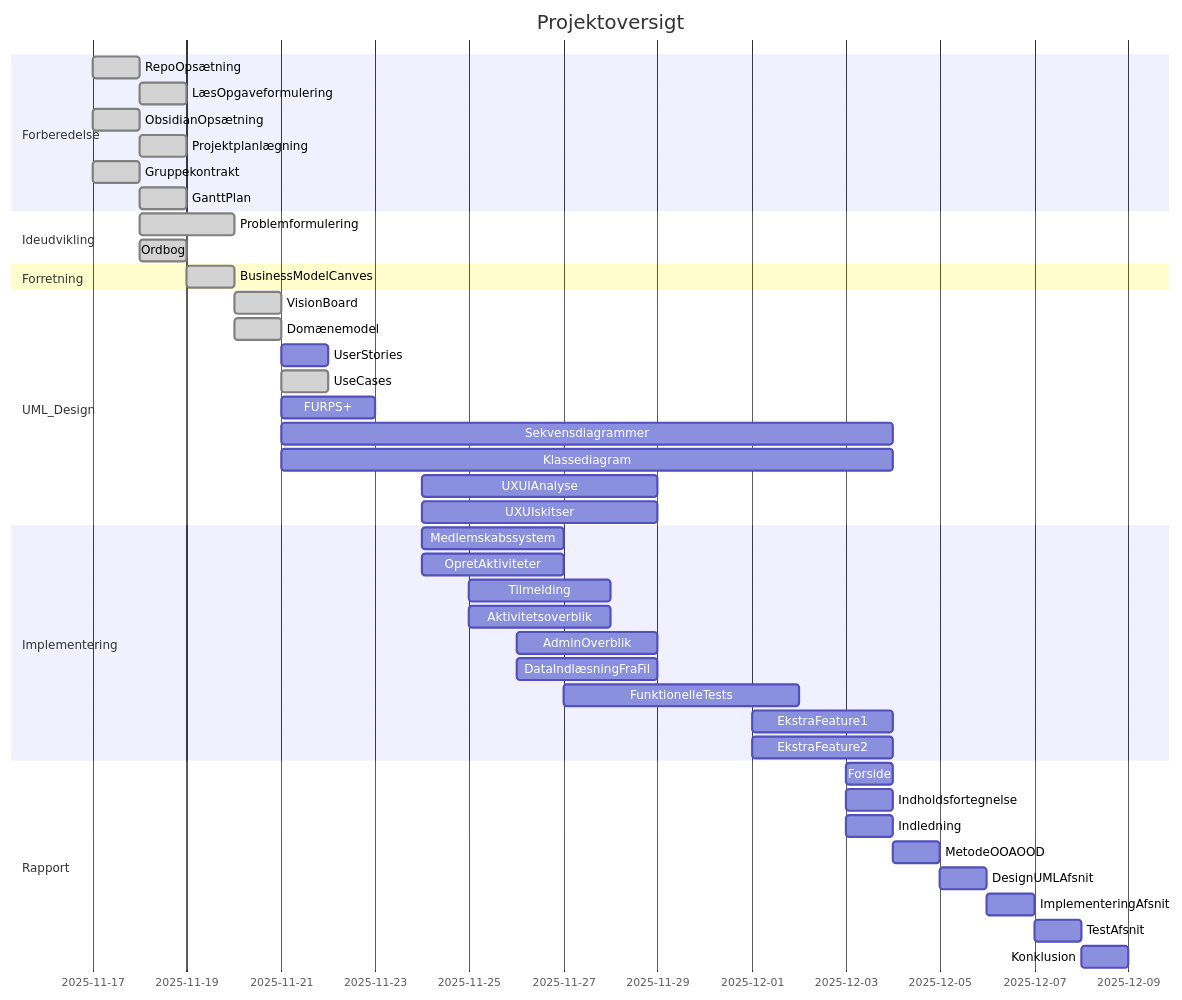
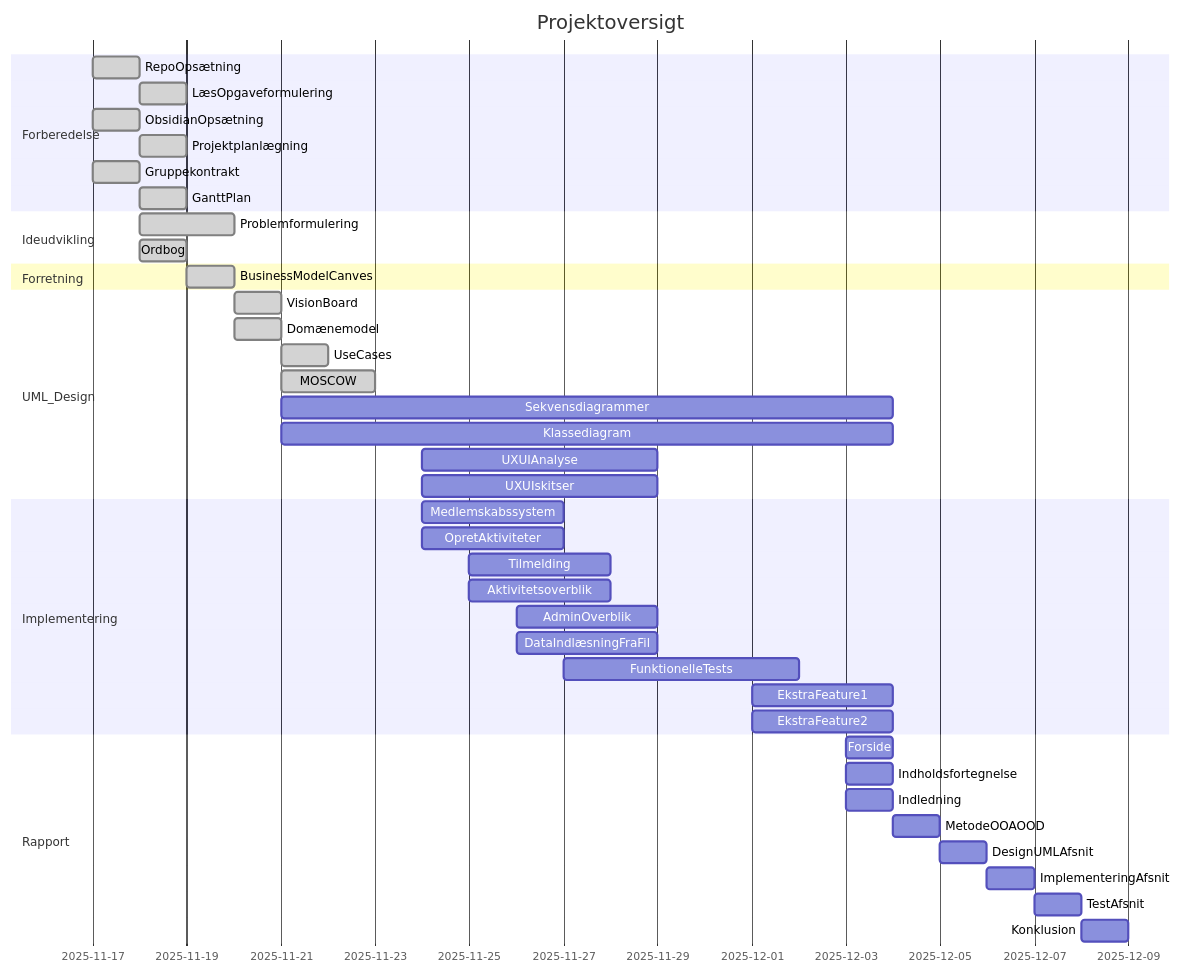
Before and after one commit to MatiasHeiberg/1.semesterprojekt: the diagram in 02 notes/2_Diverse/Projektstyring.md, drawn with Mermaid. The commit also changed 2 other files, not shown here.

Commit message:
Opdateret GANT, processnoter mm

````diff
--- a/02 notes/2_Diverse/Projektstyring.md
+++ b/02 notes/2_Diverse/Projektstyring.md
@@ -1,53 +1,52 @@
 ```mermaid
 gantt
     dateFormat  YYYY-MM-DD
     title Projektoversigt
 
     section Forberedelse
     RepoOpsætning          :done, a1, 2025-11-17, 1d
     LæsOpgaveformulering   :done, a2, 2025-11-18, 0.5d
     ObsidianOpsætning      :done, a3, 2025-11-17, 1d
     Projektplanlægning     :done, a4, 2025-11-18, 1d
     Gruppekontrakt         :done, a5, 2025-11-17, 0.5d
     GanttPlan              :done, a6, 2025-11-18, 1d
    
     section Ideudvikling
     Problemformulering       :done, b1, 2025-11-18, 2d
     Ordbog                   :done, b3, 2025-11-18, 1d
 
     
 	section Forretning
     BusinessModelCanves     :done, c1, 2025-11-19, 1d
 
     section UML_Design
     VisionBoard             :done, d1, 2025-11-20, 0.5d
     Domænemodel             :done, d2, 2025-11-20, 0.5d
-    UserStories             :d3, 2025-11-21, 0.5d
     UseCases                :done, d5, 2025-11-21, 0.5d
-    FURPS+                  :d6, 2025-11-21, 2d
-    Sekvensdiagrammer        :d7, 2025-11-21, 13d
-    Klassediagram            :d8, 2025-11-21, 13d
+    MOSCOW                  :done, d6, 2025-11-21, 2d
+    Sekvensdiagrammer       :d7, 2025-11-21, 13d
+    Klassediagram           :d8, 2025-11-21, 13d
     UXUIAnalyse            :d9, 2025-11-24, 5d
     UXUIskitser            :d10, 2025-11-24, 5d
 
     section Implementering
     Medlemskabssystem        :e1, 2025-11-24, 3d
     OpretAktiviteter        :e2, 2025-11-24, 3d
     Tilmelding               :e3, 2025-11-25, 3d
     Aktivitetsoverblik       :e4, 2025-11-25, 3d
     AdminOverblik           :e5, 2025-11-26, 3d
     DataIndlæsningFraFil :e6, 2025-11-26, 3d
     FunktionelleTests       :e7, 2025-11-27, 5d
     EkstraFeature1           :e8, 2025-12-01, 3d
     EkstraFeature2           :e9, 2025-12-01, 3d
 
     section Rapport
     Forside                  :f1, 2025-12-03, 1d
     Indholdsfortegnelse      :f2, 2025-12-03, 1d
     Indledning               :f3, 2025-12-03, 1d
     MetodeOOAOOD           :f4, 2025-12-04, 1d
     DesignUMLAfsnit        :f5, 2025-12-05, 1d
     ImplementeringAfsnit    :f6, 2025-12-06, 1d
     TestAfsnit              :f7, 2025-12-07, 1d
     Konklusion               :f8, 2025-12-08, 1d
 ```
````
